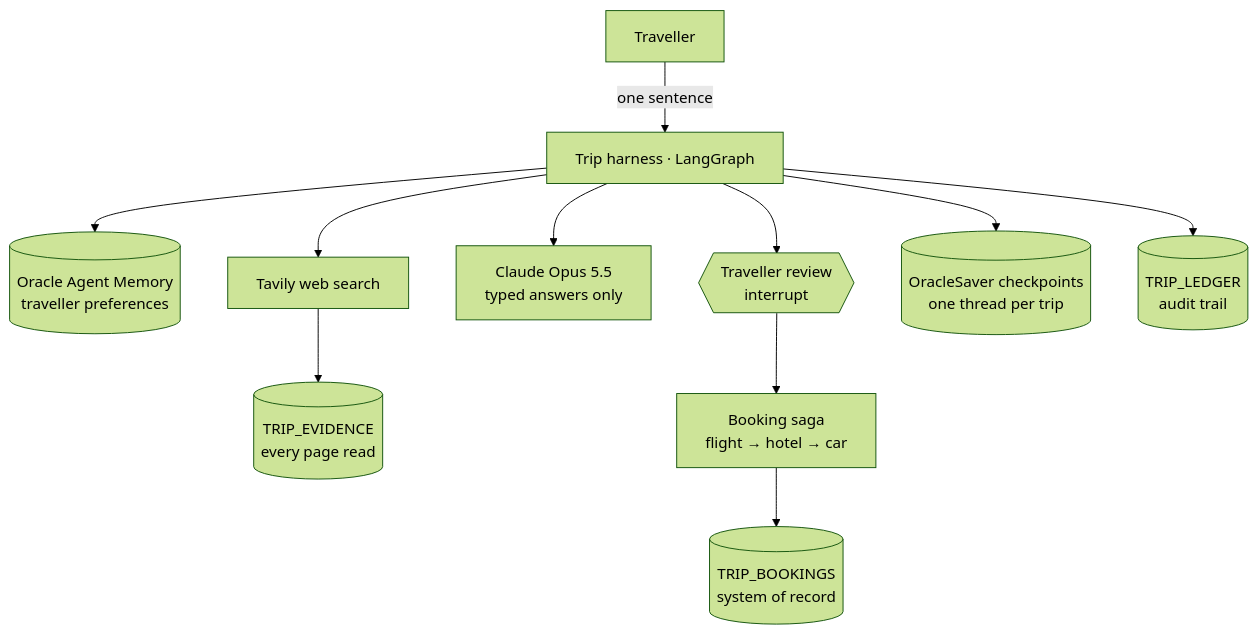
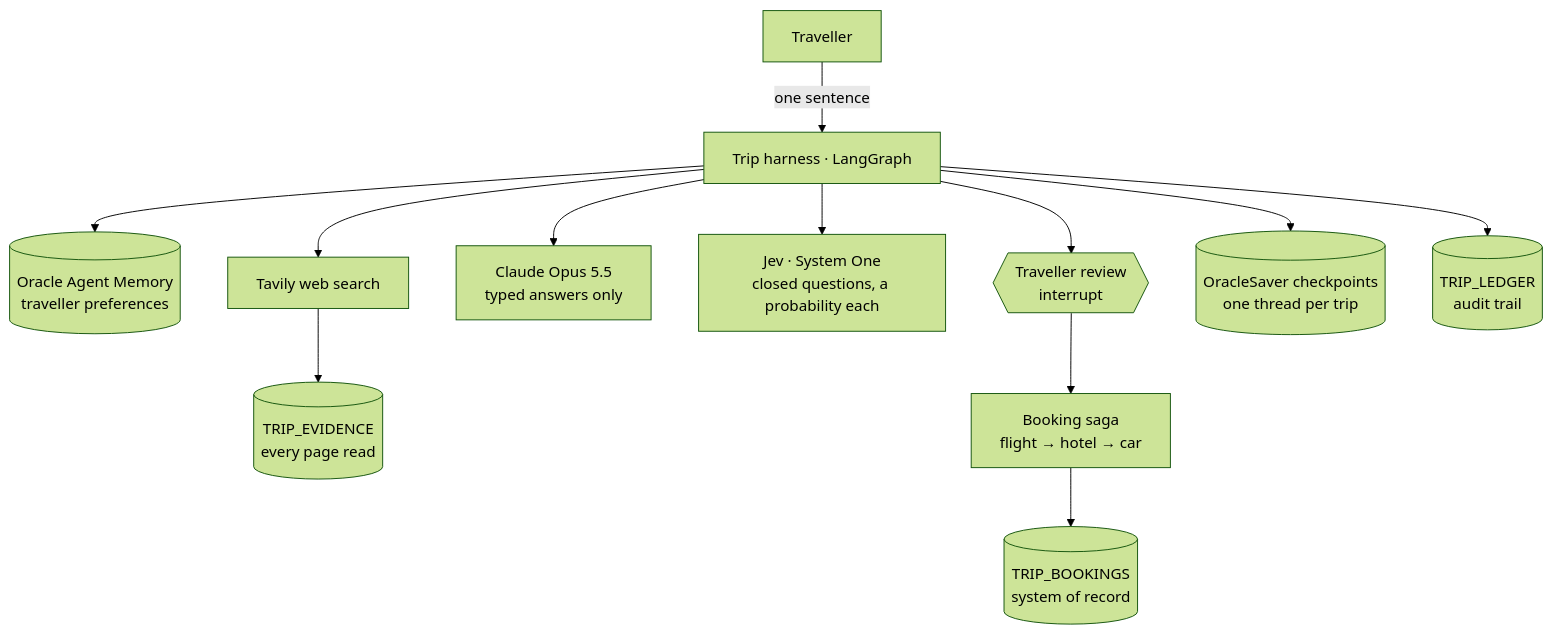
The diagram in part_2/advanced/workflow/notebook/diagrams/lead-1.mmd (Cloud-Authority/agent_harness_course), drawn with Mermaid (forest theme) before and after one commit. The commit also changed 26 other files, not shown here.

First line of the commit message:
Trip workflow: System One (Jev) decides at four points

```diff
--- a/part_2/advanced/workflow/notebook/diagrams/lead-1.mmd
+++ b/part_2/advanced/workflow/notebook/diagrams/lead-1.mmd
@@ -1,11 +1,12 @@
 flowchart TB
   T[Traveller] -->|one sentence| H[Trip harness · LangGraph]
   H --> M[(Oracle Agent Memory<br/>traveller preferences)]
   H --> S[Tavily web search]
   S --> E[(TRIP_EVIDENCE<br/>every page read)]
   H --> C[Claude Opus 5.5<br/>typed answers only]
+  H --> J[Jev · System One<br/>closed questions, a probability each]
   H --> R{{Traveller review<br/>interrupt}}
   R --> B[Booking saga<br/>flight → hotel → car]
   B --> K[(TRIP_BOOKINGS<br/>system of record)]
   H --> P[(OracleSaver checkpoints<br/>one thread per trip)]
   H --> L[(TRIP_LEDGER<br/>audit trail)]
```
